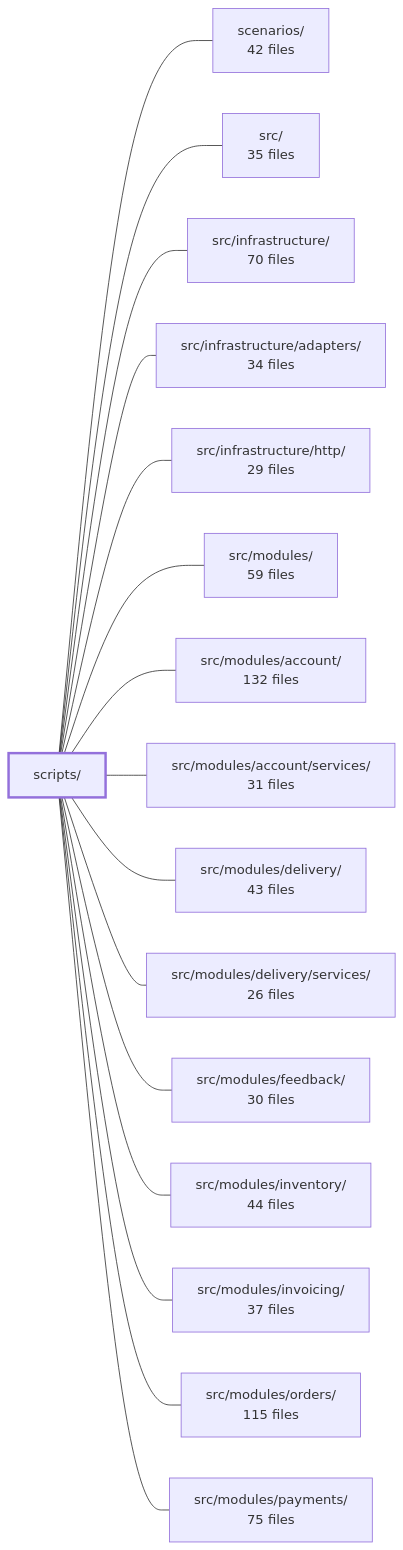
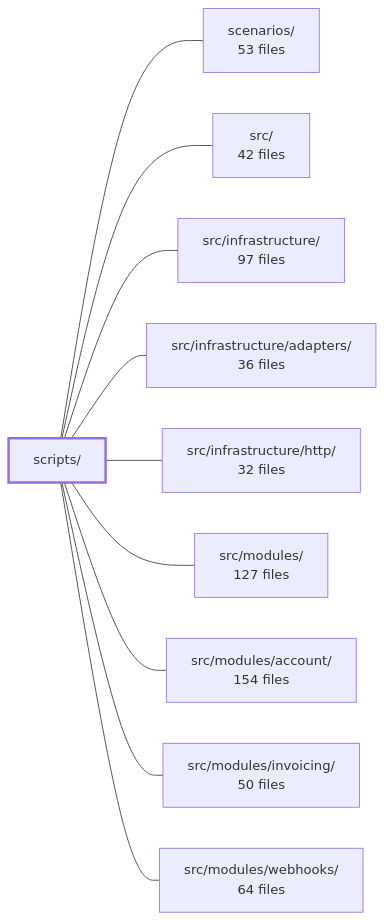
The diagram in .2brain/modules/boilerplate-node-backend_scripts.md (Guebbit/boilerplate-node-backend), drawn with Mermaid before and after one commit. The commit also changed other lines of this file and 1775 other files, not shown here.

````diff
--- a/.2brain/modules/boilerplate-node-backend_scripts.md
+++ b/.2brain/modules/boilerplate-node-backend_scripts.md
@@ -39,35 +46,23 @@
 ```mermaid
 flowchart LR
     m_scripts["scripts/"]
-    m_scenarios["scenarios/<br/>42 files"]
-    m_src["src/<br/>35 files"]
-    m_src_infrastructure["src/infrastructure/<br/>70 files"]
-    m_src_infrastructure_adapters["src/infrastructure/adapters/<br/>34 files"]
-    m_src_infrastructure_http["src/infrastructure/http/<br/>29 files"]
-    m_src_modules["src/modules/<br/>59 files"]
-    m_src_modules_account["src/modules/account/<br/>132 files"]
-    m_src_modules_account_services["src/modules/account/services/<br/>31 files"]
-    m_src_modules_delivery["src/modules/delivery/<br/>43 files"]
-    m_src_modules_delivery_services["src/modules/delivery/services/<br/>26 files"]
-    m_src_modules_feedback["src/modules/feedback/<br/>30 files"]
-    m_src_modules_inventory["src/modules/inventory/<br/>44 files"]
-    m_src_modules_invoicing["src/modules/invoicing/<br/>37 files"]
-    m_src_modules_orders["src/modules/orders/<br/>115 files"]
-    m_src_modules_payments["src/modules/payments/<br/>75 files"]
+    m_scenarios["scenarios/<br/>53 files"]
+    m_src["src/<br/>42 files"]
+    m_src_infrastructure["src/infrastructure/<br/>97 files"]
+    m_src_infrastructure_adapters["src/infrastructure/adapters/<br/>36 files"]
+    m_src_infrastructure_http["src/infrastructure/http/<br/>32 files"]
+    m_src_modules["src/modules/<br/>127 files"]
+    m_src_modules_account["src/modules/account/<br/>154 files"]
+    m_src_modules_invoicing["src/modules/invoicing/<br/>50 files"]
+    m_src_modules_webhooks["src/modules/webhooks/<br/>64 files"]
     m_scripts --- m_scenarios
     m_scripts --- m_src
     m_scripts --- m_src_infrastructure
     m_scripts --- m_src_infrastructure_adapters
     m_scripts --- m_src_infrastructure_http
     m_scripts --- m_src_modules
     m_scripts --- m_src_modules_account
-    m_scripts --- m_src_modules_account_services
-    m_scripts --- m_src_modules_delivery
-    m_scripts --- m_src_modules_delivery_services
-    m_scripts --- m_src_modules_feedback
-    m_scripts --- m_src_modules_inventory
     m_scripts --- m_src_modules_invoicing
-    m_scripts --- m_src_modules_orders
-    m_scripts --- m_src_modules_payments
+    m_scripts --- m_src_modules_webhooks
     style m_scripts stroke-width:3px
 ```
````
